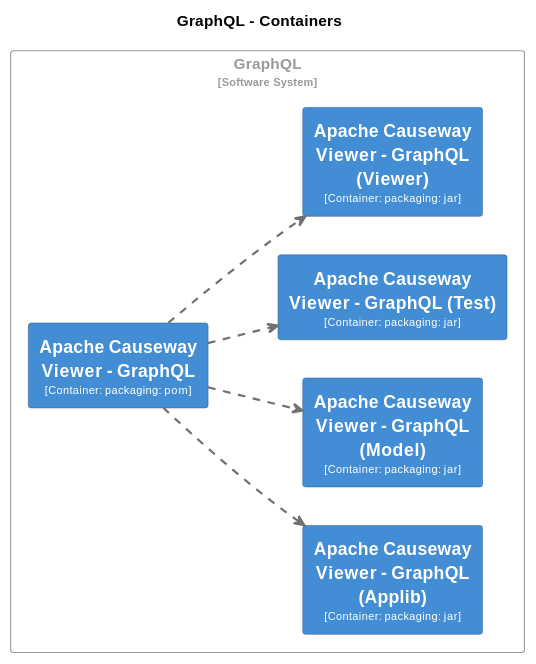
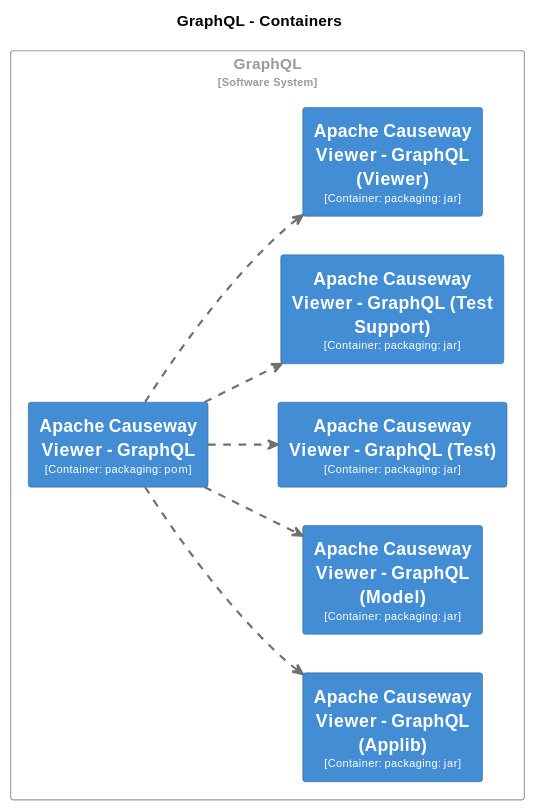
Diagram 15 of 34 in core/adoc/modules/_overview/pages/about.adoc (apache/causeway), drawn with PlantUML before and after one commit. The commit also changed other lines of this file and 8 other files, not shown here.

```diff
--- a/core/adoc/modules/_overview/pages/about.adoc
+++ b/core/adoc/modules/_overview/pages/about.adoc
@@ -2481,67 +2486,75 @@
 [plantuml,GraphQL,svg]
 ----
 @startuml
 set separator none
 title GraphQL - Containers
 
 left to right direction
 
 skinparam {
   arrowFontSize 10
   defaultTextAlignment center
   wrapWidth 200
   maxMessageSize 100
 }
 
 hide stereotype
 
 skinparam rectangle<<GraphQL.ApacheCausewayViewerGraphQL>> {
   BackgroundColor #438dd5
   FontColor #fffffe
   BorderColor #2e6295
   shadowing false
 }
 skinparam rectangle<<GraphQL.ApacheCausewayViewerGraphQLApplib>> {
   BackgroundColor #438dd5
   FontColor #fffffe
   BorderColor #2e6295
   shadowing false
 }
 skinparam rectangle<<GraphQL.ApacheCausewayViewerGraphQLModel>> {
   BackgroundColor #438dd5
   FontColor #fffffe
   BorderColor #2e6295
   shadowing false
 }
+skinparam rectangle<<GraphQL.ApacheCausewayViewerGraphQLTestSupport>> {
+  BackgroundColor #438dd5
+  FontColor #fffffe
+  BorderColor #2e6295
+  shadowing false
+}
 skinparam rectangle<<GraphQL.ApacheCausewayViewerGraphQLTest>> {
   BackgroundColor #438dd5
   FontColor #fffffe
   BorderColor #2e6295
   shadowing false
 }
 skinparam rectangle<<GraphQL.ApacheCausewayViewerGraphQLViewer>> {
   BackgroundColor #438dd5
   FontColor #fffffe
   BorderColor #2e6295
   shadowing false
 }
 skinparam rectangle<<GraphQL>> {
   BorderColor #9a9a9a
   FontColor #9a9a9a
   shadowing false
 }
 
 rectangle "GraphQL\n<size:10>[Software System]</size>" <<GraphQL>> {
   rectangle "==Apache Causeway Viewer - GraphQL\n<size:10>[Container: packaging: pom]</size>" <<GraphQL.ApacheCausewayViewerGraphQL>> as GraphQL.ApacheCausewayViewerGraphQL
   rectangle "==Apache Causeway Viewer - GraphQL (Applib)\n<size:10>[Container: packaging: jar]</size>" <<GraphQL.ApacheCausewayViewerGraphQLApplib>> as GraphQL.ApacheCausewayViewerGraphQLApplib
   rectangle "==Apache Causeway Viewer - GraphQL (Model)\n<size:10>[Container: packaging: jar]</size>" <<GraphQL.ApacheCausewayViewerGraphQLModel>> as GraphQL.ApacheCausewayViewerGraphQLModel
   rectangle "==Apache Causeway Viewer - GraphQL (Test)\n<size:10>[Container: packaging: jar]</size>" <<GraphQL.ApacheCausewayViewerGraphQLTest>> as GraphQL.ApacheCausewayViewerGraphQLTest
+  rectangle "==Apache Causeway Viewer - GraphQL (Test Support)\n<size:10>[Container: packaging: jar]</size>" <<GraphQL.ApacheCausewayViewerGraphQLTestSupport>> as GraphQL.ApacheCausewayViewerGraphQLTestSupport
   rectangle "==Apache Causeway Viewer - GraphQL (Viewer)\n<size:10>[Container: packaging: jar]</size>" <<GraphQL.ApacheCausewayViewerGraphQLViewer>> as GraphQL.ApacheCausewayViewerGraphQLViewer
 }
 
+GraphQL.ApacheCausewayViewerGraphQL .[#707070,thickness=2].> GraphQL.ApacheCausewayViewerGraphQLTest : "<color:#707070>"
+GraphQL.ApacheCausewayViewerGraphQL .[#707070,thickness=2].> GraphQL.ApacheCausewayViewerGraphQLTestSupport : "<color:#707070>"
 GraphQL.ApacheCausewayViewerGraphQL .[#707070,thickness=2].> GraphQL.ApacheCausewayViewerGraphQLViewer : "<color:#707070>"
 GraphQL.ApacheCausewayViewerGraphQL .[#707070,thickness=2].> GraphQL.ApacheCausewayViewerGraphQLApplib : "<color:#707070>"
 GraphQL.ApacheCausewayViewerGraphQL .[#707070,thickness=2].> GraphQL.ApacheCausewayViewerGraphQLModel : "<color:#707070>"
-GraphQL.ApacheCausewayViewerGraphQL .[#707070,thickness=2].> GraphQL.ApacheCausewayViewerGraphQLTest : "<color:#707070>"
 @enduml
 ----
```
